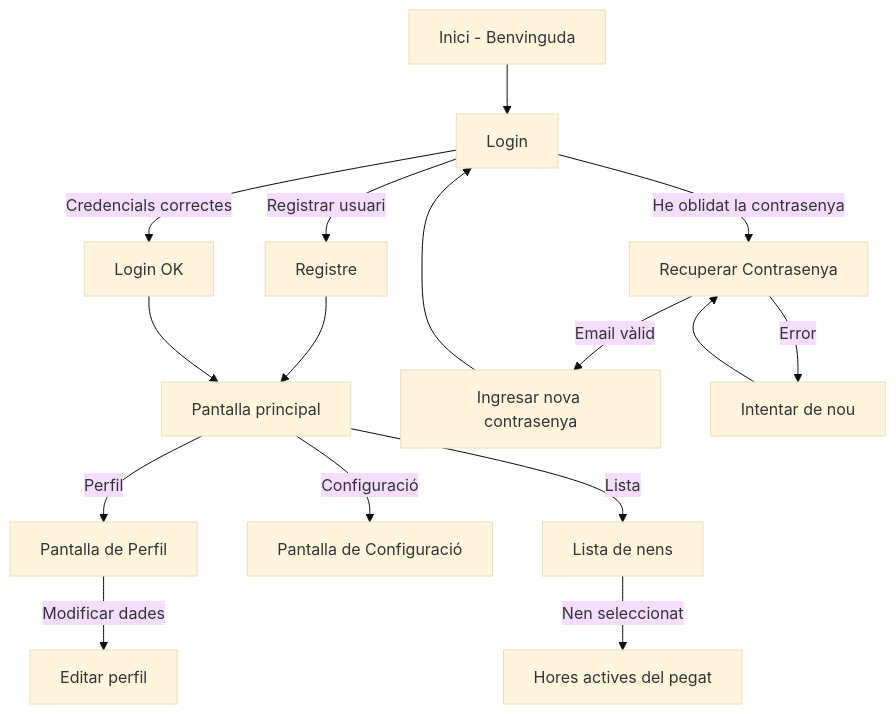
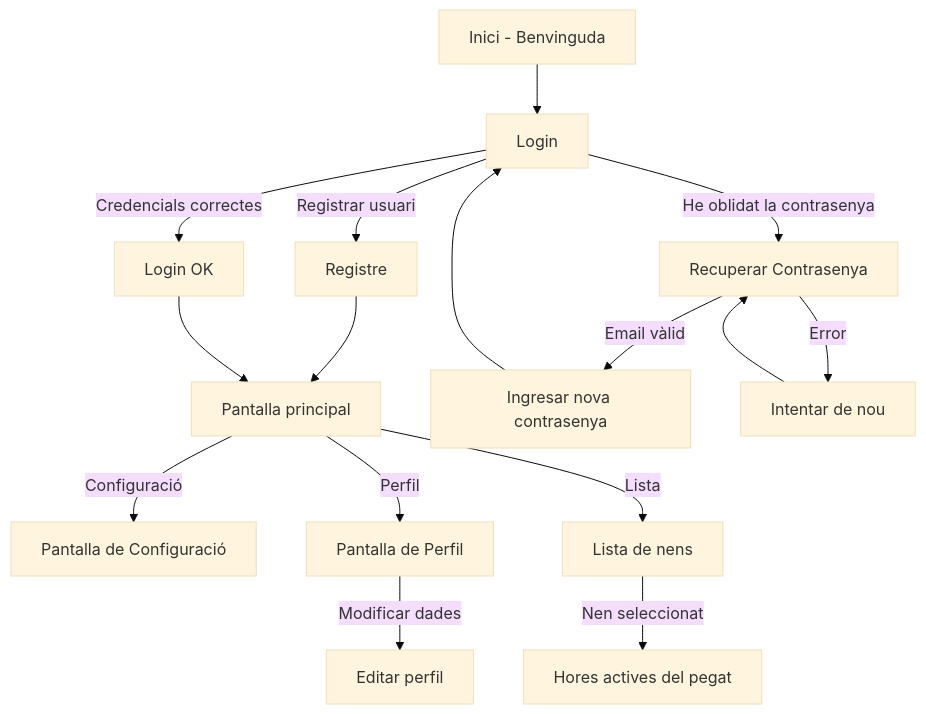
The diagram in charts/diagramaNavegacio.mmd (dmontes901/TapatApp), drawn with Mermaid (base theme) before and after one commit. The commit also changed other lines of this file, not shown here.

```diff
--- a/charts/diagramaNavegacio.mmd
+++ b/charts/diagramaNavegacio.mmd
@@ -1,17 +1,17 @@
 flowchart TD;
     A["Inici - Benvinguda"] --> B["Login"];
     B -->|Registrar usuari| C["Registre"];
     C --> E["Pantalla principal"];
     B -->|Credencials correctes| D["Login OK "];
 
     
     D --> E["Pantalla principal"];
+    E -->|Configuració| G["Pantalla de Configuració"];
     E -->|Perfil| F["Pantalla de Perfil"];
     F -->|Modificar dades|L["Editar perfil"];
-    E -->|Configuració| G["Pantalla de Configuració"];
     E -->|Lista|J["Lista de nens"];
     J -->|Nen seleccionat|K["Hores actives del pegat"];
     
     B -->|He oblidat la contrasenya| H["Recuperar Contrasenya"];
     H -->|Email vàlid| I["Ingresar nova contrasenya"] --> B;
     H -->|Error| H1["Intentar de nou"] --> H;
```
